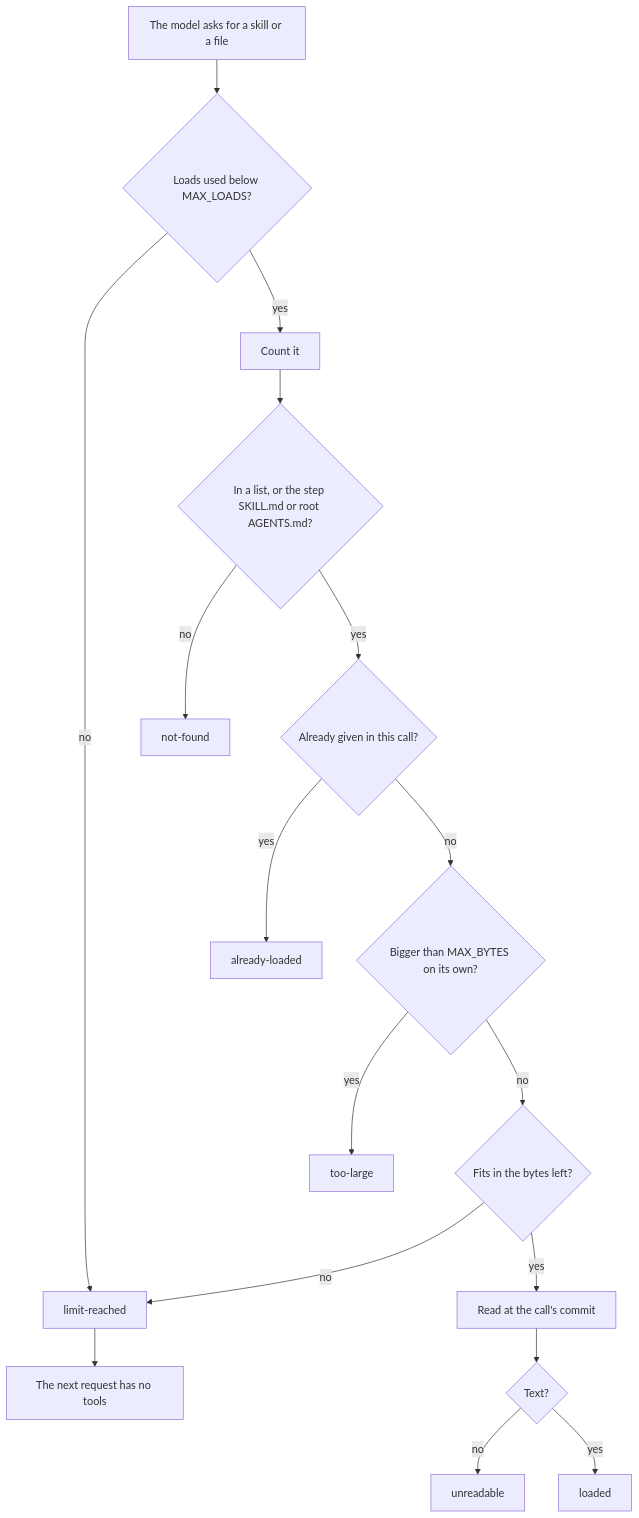
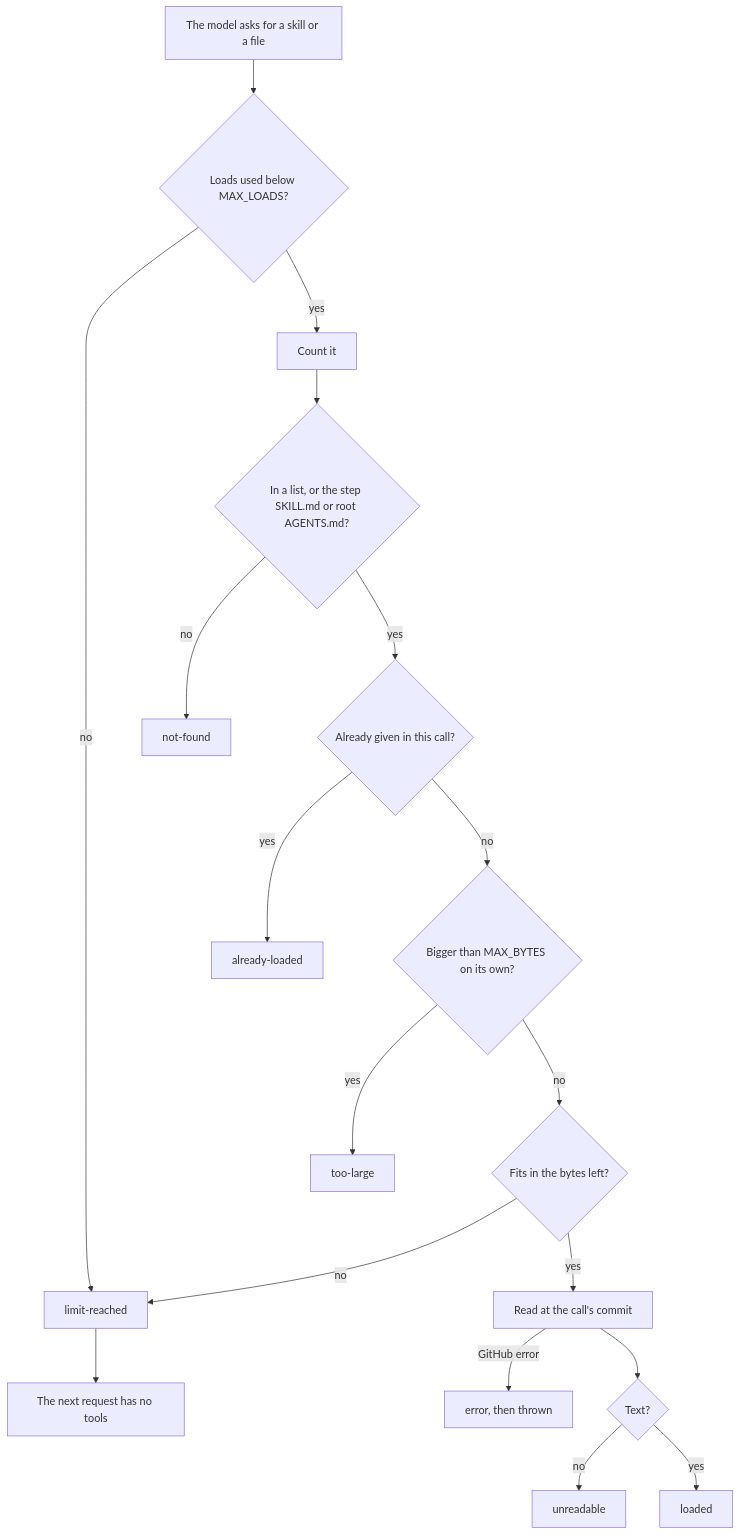
The second of 3 diagrams in docs/specs/spec-github-agent-skill-discovery.md (Hugoer/sdd-agent), drawn with Mermaid before and after one commit. The commit also changed other lines of this file and 2 other files, not shown here.

````diff
--- a/docs/specs/spec-github-agent-skill-discovery.md
+++ b/docs/specs/spec-github-agent-skill-discovery.md
@@ -576,19 +602,20 @@
 ```mermaid
 flowchart TD
     A[The model asks for a skill or a file] --> B{Loads used below MAX_LOADS?}
     B -- no --> LIM[limit-reached]
     B -- yes --> C[Count it]
     C --> D{In a list, or the step SKILL.md or root AGENTS.md?}
     D -- no --> NOTF[not-found]
     D -- yes --> E{Already given in this call?}
     E -- yes --> ALR[already-loaded]
     E -- no --> F{Bigger than MAX_BYTES on its own?}
     F -- yes --> BIG[too-large]
     F -- no --> G{Fits in the bytes left?}
     G -- no --> LIM
     G -- yes --> H[Read at the call's commit]
+    H -- GitHub error --> ERR[error, then thrown]
     H --> I{Text?}
     I -- no --> UNR[unreadable]
     I -- yes --> LOADED[loaded]
     LIM --> X[The next request has no tools]
 ```
````
